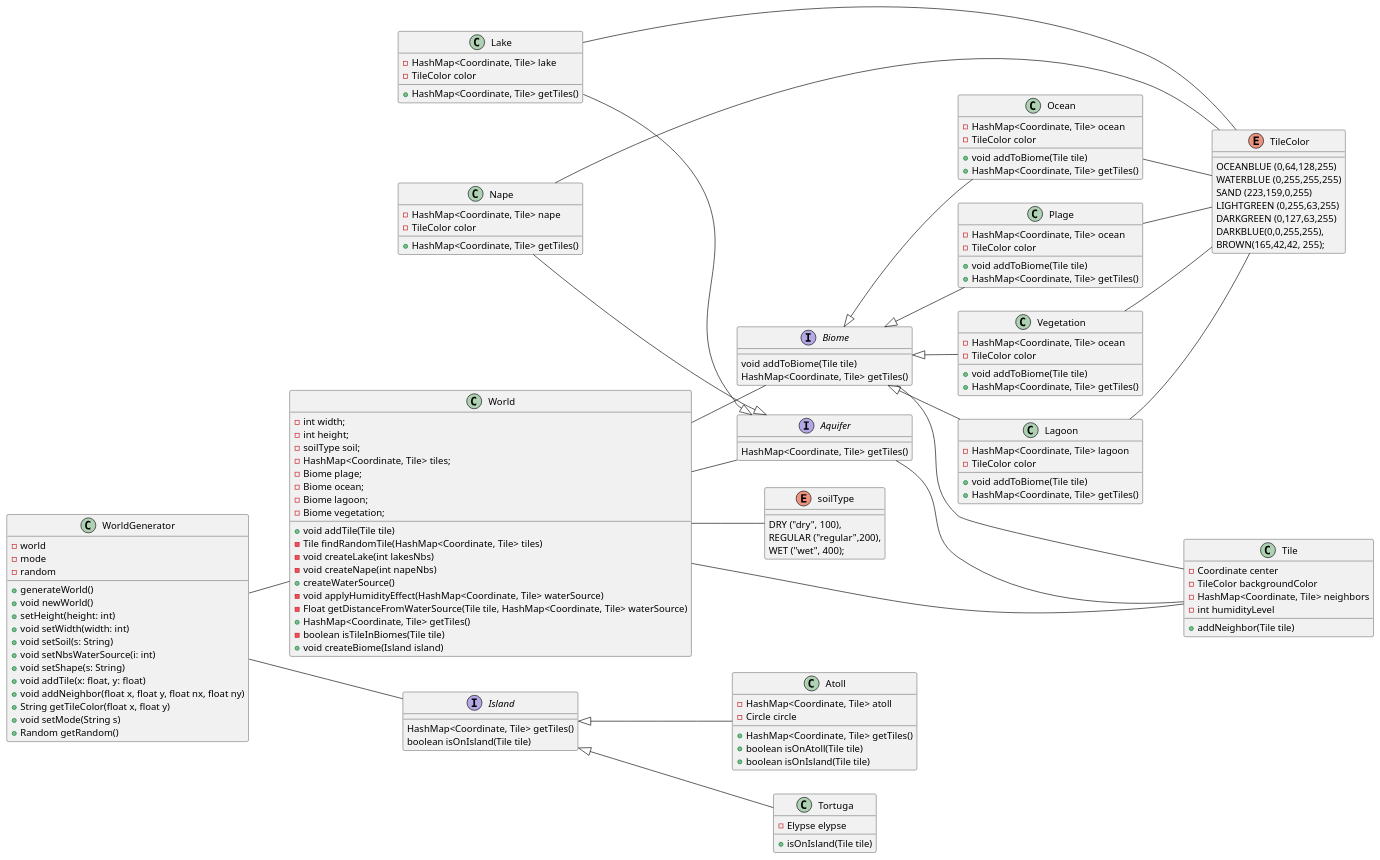
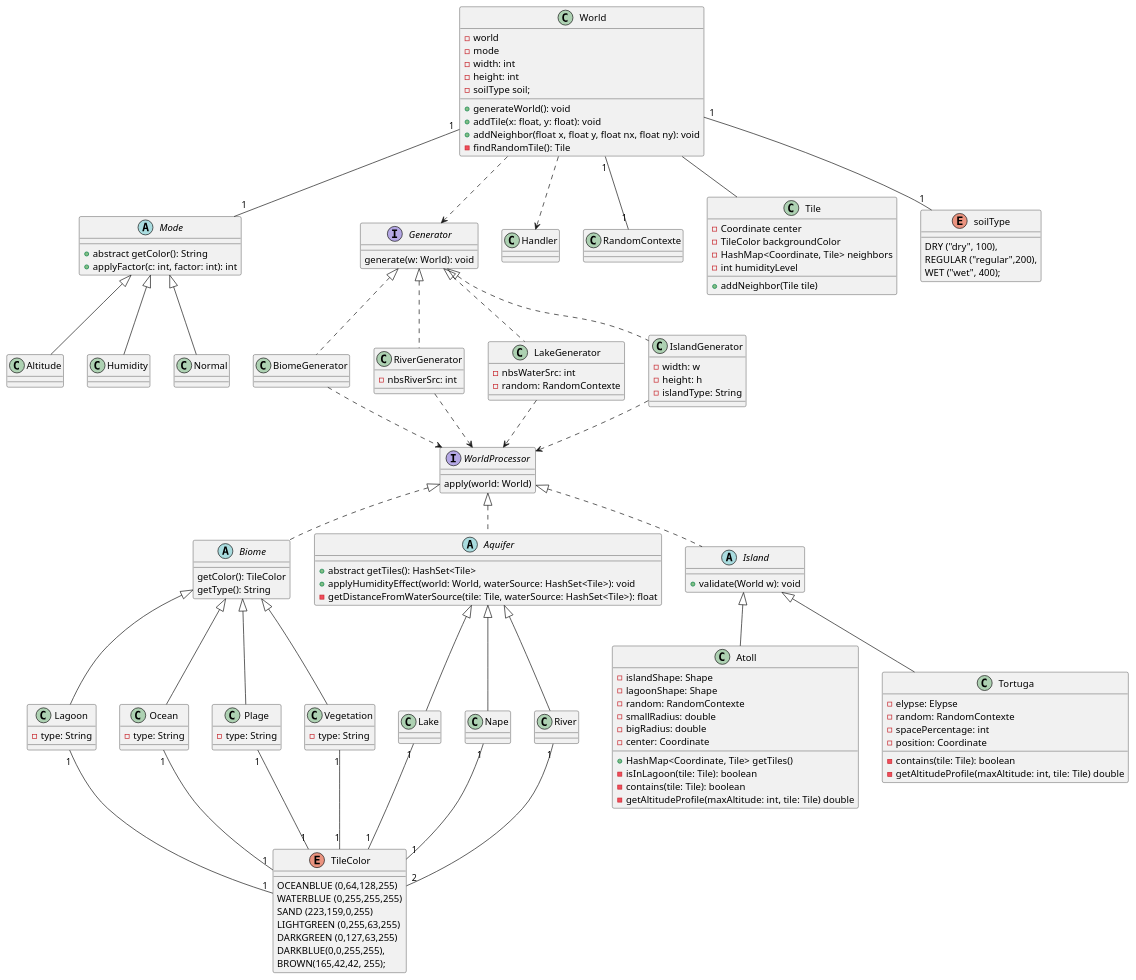
Before and after one commit to cryptoswarm/terrain-generator: the diagram in diagrammeDeClasse_map.puml, drawn with PlantUML. The commit also changed 21 other files, not shown here.

Commit message:
map class diagram

```diff
--- a/diagrammeDeClasse_map.puml
+++ b/diagrammeDeClasse_map.puml
@@ -1,174 +1,196 @@
 @startuml
-left to right direction
 
-Class WorldGenerator {
+class World {
     - world
     - mode
-    - random
-    + generateWorld()
-    + void newWorld()
-    + setHeight(height: int)
-    + void setWidth(width: int)
-    + void setSoil(s: String)
-    + void setNbsWaterSource(i: int)
-    + void setShape(s: String)
-    + void addTile(x: float, y: float)
-    + void addNeighbor(float x, float y, float nx, float ny)
-    + String getTileColor(float x, float y)
-    + void setMode(String s)
-    + Random getRandom()
+    - width: int
+    - height: int
+    - soilType soil;
+
+    + generateWorld(): void
+    + addTile(x: float, y: float): void
+    + addNeighbor(float x, float y, float nx, float ny): void
+    - findRandomTile(): Tile
 }
 
-Interface Aquifer {
-    HashMap<Coordinate, Tile> getTiles()
+class Handler
+
+class RandomContexte
+
+Interface WorldProcessor {
+    apply(world: World)
 }
 
-Interface Biome {
-    void addToBiome(Tile tile)
-    HashMap<Coordinate, Tile> getTiles()
+''' Generator '''
+Interface Generator {
+    generate(w: World): void
 }
 
-Interface Island {
-    HashMap<Coordinate, Tile> getTiles()
-    boolean isOnIsland(Tile tile)
+Class BiomeGenerator
+
+Class RiverGenerator {
+    - nbsRiverSrc: int
+}
+
+Class LakeGenerator {
+    - nbsWaterSrc: int
+    - random: RandomContexte
+}
+
+Class IslandGenerator {
+    - width: w
+    - height: h
+    - islandType: String
+}
+
+BiomeGenerator .up.|> Generator
+IslandGenerator .up.|> Generator
+RiverGenerator .up.|> Generator
+LakeGenerator .up.|> Generator
+
+
+
+''' Island '''
+Abstract Island {
+    + validate(World w): void
 }
 
 class Atoll {
-    - HashMap<Coordinate, Tile> atoll
-    - Circle circle
+    - islandShape: Shape
+    - lagoonShape: Shape
+    - random: RandomContexte
+    - smallRadius: double
+    - bigRadius: double
+    - center: Coordinate
     + HashMap<Coordinate, Tile> getTiles()
-    + boolean isOnAtoll(Tile tile)
-    + boolean isOnIsland(Tile tile)
+    - isInLagoon(tile: Tile): boolean
+    - contains(tile: Tile): boolean
+    - getAltitudeProfile(maxAltitude: int, tile: Tile) double
 }
 
-class World {
-    - int width;
-    - int height;
-    - soilType soil;
-    - HashMap<Coordinate, Tile> tiles;
-    - Biome plage;
-    - Biome ocean;
-    - Biome lagoon;
-    - Biome vegetation;
-    + void addTile(Tile tile)
-    - Tile findRandomTile(HashMap<Coordinate, Tile> tiles)
-    - void createLake(int lakesNbs)
-    - void createNape(int napeNbs)
-    + createWaterSource()
-    - void applyHumidityEffect(HashMap<Coordinate, Tile> waterSource)
-    - Float getDistanceFromWaterSource(Tile tile, HashMap<Coordinate, Tile> waterSource)
-    + HashMap<Coordinate, Tile> getTiles()
-    - boolean isTileInBiomes(Tile tile)
-    + void createBiome(Island island)
+Class Tortuga{
+    - elypse: Elypse
+    - random: RandomContexte
+    - spacePercentage: int
+    - position: Coordinate
+    - contains(tile: Tile): boolean
+    - getAltitudeProfile(maxAltitude: int, tile: Tile) double
+}
+
+Atoll -up-|> Island
+Tortuga -up-|> Island
+
+
+
+''' Aquifer '''
+Abstract Aquifer {
+        + abstract getTiles(): HashSet<Tile>
+        + applyHumidityEffect(world: World, waterSource: HashSet<Tile>): void
+        - getDistanceFromWaterSource(tile: Tile, waterSource: HashSet<Tile>): float
+}
+
+class Lake
+
+class Nape
+
+Lake -up-|> Aquifer
+Nape -up-|> Aquifer
+River -up-|> Aquifer
+
+''' Biome '''
+Abstract Biome {
+    getColor(): TileColor
+    getType(): String
 }
 
 class Lagoon {
-    - HashMap<Coordinate, Tile> lagoon
-    - TileColor color
-    + void addToBiome(Tile tile)
-    + HashMap<Coordinate, Tile> getTiles()
+    - type: String
 }
 
-class Lake{
-    - HashMap<Coordinate, Tile> lake
-    - TileColor color
-    + HashMap<Coordinate, Tile> getTiles()
-}
-
-class Nape{
-    - HashMap<Coordinate, Tile> nape
-    - TileColor color
-    + HashMap<Coordinate, Tile> getTiles()
-}
-
-
 class Ocean{
-    - HashMap<Coordinate, Tile> ocean
-    - TileColor color
-    + void addToBiome(Tile tile)
-    + HashMap<Coordinate, Tile> getTiles()
+    - type: String
 }
 
 class Plage{
-    - HashMap<Coordinate, Tile> ocean
-    - TileColor color
-    + void addToBiome(Tile tile)
-    + HashMap<Coordinate, Tile> getTiles()
+    - type: String
 }
+
+class Vegetation{
+    - type: String
+}
+
+Vegetation -up-|> Biome
+Lagoon -up-|> Biome
+Ocean -up-|> Biome
+Plage -up-|> Biome
+
+''' Mode '''
+
+Abstract Mode {
+    + abstract getColor(): String
+    + applyFactor(c: int, factor: int): int
+}
+
+class Altitude
+class Humidity
+class Normal
+
+Altitude -up-|> Mode
+Humidity -up-|> Mode
+Normal -up-|> Mode
 
 Class Tile{
     - Coordinate center
     - TileColor backgroundColor
     - HashMap<Coordinate, Tile> neighbors
     - int humidityLevel
     + addNeighbor(Tile tile)
 }
 
 Enum TileColor{
     OCEANBLUE (0,64,128,255)
     WATERBLUE (0,255,255,255)
     SAND (223,159,0,255)
     LIGHTGREEN (0,255,63,255)
     DARKGREEN (0,127,63,255)
     DARKBLUE(0,0,255,255),
     BROWN(165,42,42, 255);
 }
 
 Enum soilType {
     DRY ("dry", 100),
     REGULAR ("regular",200),
     WET ("wet", 400);
 }
 
-Class Tortuga{
-    - Elypse elypse
-    + isOnIsland(Tile tile)
-}
+World -- Tile
+World ..> Generator
+World ..> Handler
+World "1" -- "1" soilType
+World "1" -- "1" RandomContexte
+World "1" -- "1" Mode
 
-class Vegetation{
-    - HashMap<Coordinate, Tile> ocean
-    - TileColor color
-    + void addToBiome(Tile tile)
-    + HashMap<Coordinate, Tile> getTiles()
-}
-
-WorldGenerator -- World
-WorldGenerator -- Island
-
-World -- Tile
-World -- Aquifer
-World -- Biome
-World -- soilType
-
-Aquifer --- Tile
-Biome -- Tile
-
-Atoll -up-|> Island
-
-Tortuga -up-|> Island
+Biome .up.|> WorldProcessor
+Island .up.|> WorldProcessor
+Aquifer .up.|> WorldProcessor
 
 
-Lake --|> Aquifer
-Lake -- TileColor
+BiomeGenerator ..> WorldProcessor
+IslandGenerator ..> WorldProcessor
+RiverGenerator ..> WorldProcessor
+LakeGenerator ..> WorldProcessor
 
-Nape --|> Aquifer
-Nape -- TileColor
+Lake "1" -- "1" TileColor
+Nape "1" -- "1" TileColor
+River "1" -- "2" TileColor
 
-
-Plage -up-|> Biome
-Plage -- TileColor
-
-Ocean -up-|> Biome
-Ocean -- TileColor
-
-Vegetation -up-|> Biome
-Vegetation -- TileColor
-
-Lagoon -up-|> Biome
-Lagoon -- TileColor
+Plage "1" -- "1" TileColor
+Ocean "1" -- "1" TileColor
+Vegetation "1" -- "1" TileColor
+Lagoon "1" -- "1" TileColor
 
 
 
 
 
 @enduml
```
